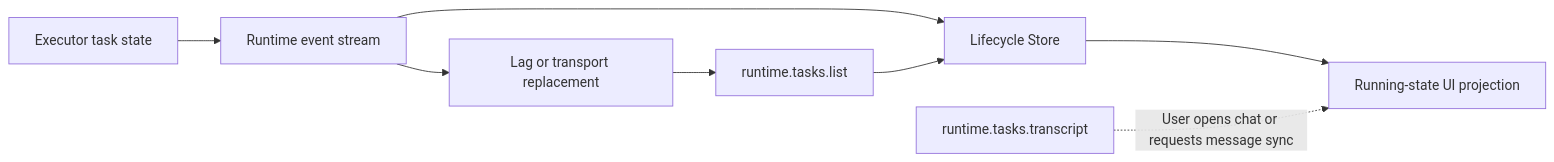
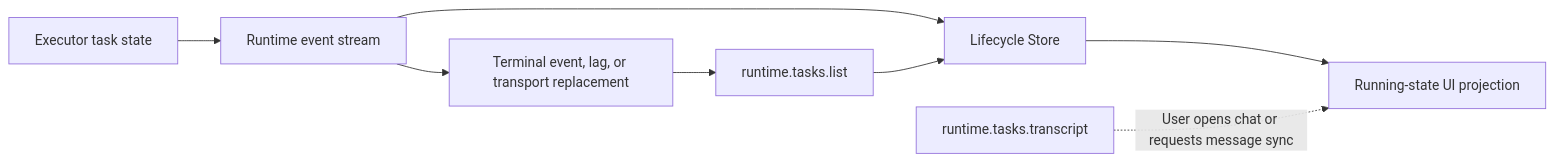
Before and after one commit to wecode-ai/Wegent: the first of 2 diagrams in docs/en/architecture/runtime-task-lifecycle-reconciliation.md, drawn with Mermaid. The commit also changed other lines of this file and 5 other files, not shown here.

Commit message:
fix(wework): reconcile terminal runtime events

````diff
--- a/docs/en/architecture/runtime-task-lifecycle-reconciliation.md
+++ b/docs/en/architecture/runtime-task-lifecycle-reconciliation.md
@@ -13,10 +13,10 @@
 ```mermaid
 flowchart LR
     EXEC[Executor task state] --> STREAM[Runtime event stream]
     STREAM --> STORE[Lifecycle Store]
     STORE --> UI[Running-state UI projection]
-    STREAM --> LAG[Lag or transport replacement]
-    LAG --> LIST[runtime.tasks.list]
+    STREAM --> SIGNAL[Terminal event, lag, or transport replacement]
+    SIGNAL --> LIST[runtime.tasks.list]
     LIST --> STORE
     TRANSCRIPT[runtime.tasks.transcript] -. User opens chat or requests message sync .-> UI
 ```
````
